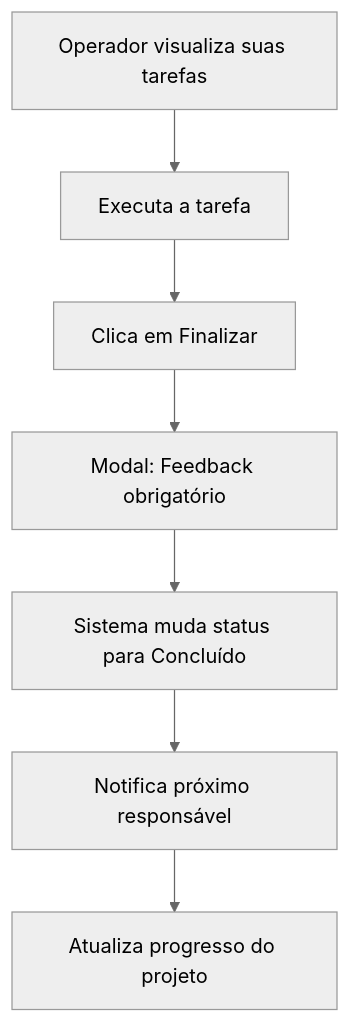
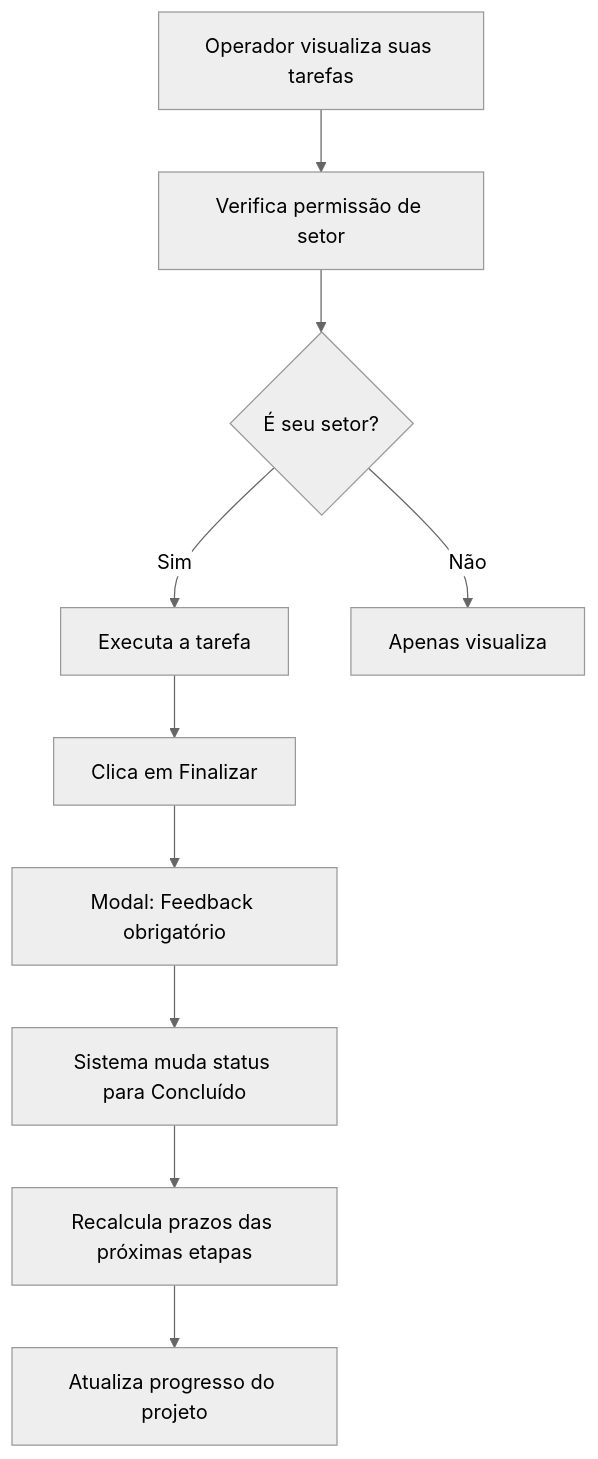
One commit to DEVMarlosGomes/IDEIABH-GESTAOFLUXOS changed the third of 4 diagrams in README.md. Above: the diagram before and after it, drawn with Mermaid (neutral theme). The commit also changed other lines of this file, not shown here.

````diff
--- a/README.md
+++ b/README.md
@@ -540,9 +552,12 @@
 ```mermaid
 graph TD
-    A[Operador visualiza suas tarefas] --> B[Executa a tarefa]
-    B --> C[Clica em Finalizar]
-    C --> D[Modal: Feedback obrigatório]
-    D --> E[Sistema muda status para Concluído]
-    E --> F[Notifica próximo responsável]
-    F --> G[Atualiza progresso do projeto]
+    A[Operador visualiza suas tarefas] --> B[Verifica permissão de setor]
+    B --> C{É seu setor?}
+    C -->|Sim| D[Executa a tarefa]
+    C -->|Não| E[Apenas visualiza]
+    D --> F[Clica em Finalizar]
+    F --> G[Modal: Feedback obrigatório]
+    G --> H[Sistema muda status para Concluído]
+    H --> I[Recalcula prazos das próximas etapas]
+    I --> J[Atualiza progresso do projeto]
 ```
````
